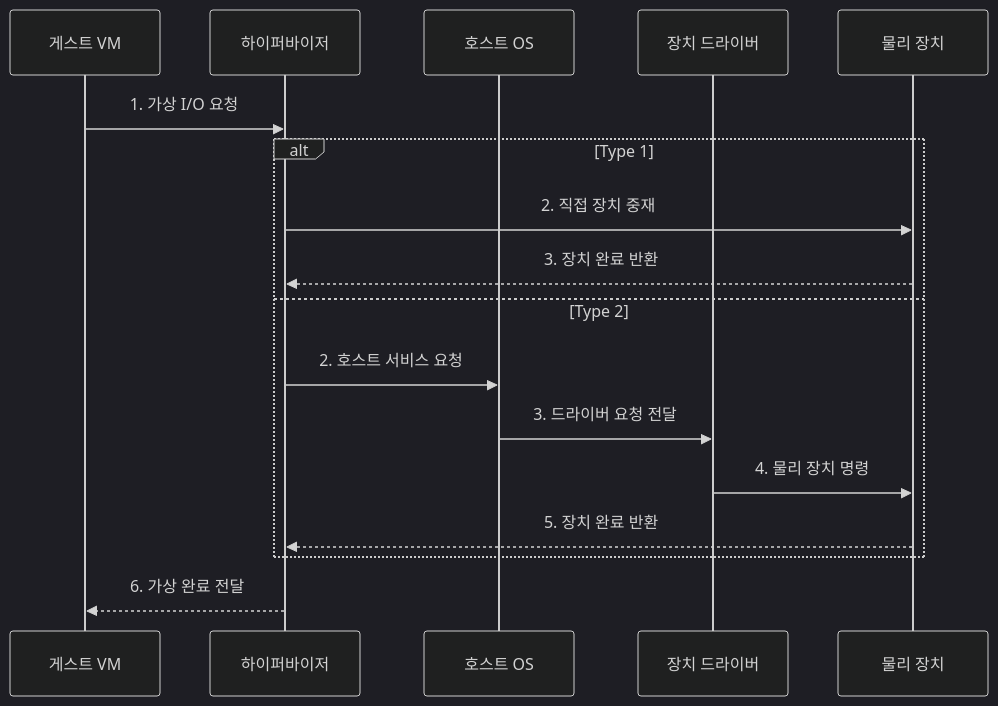
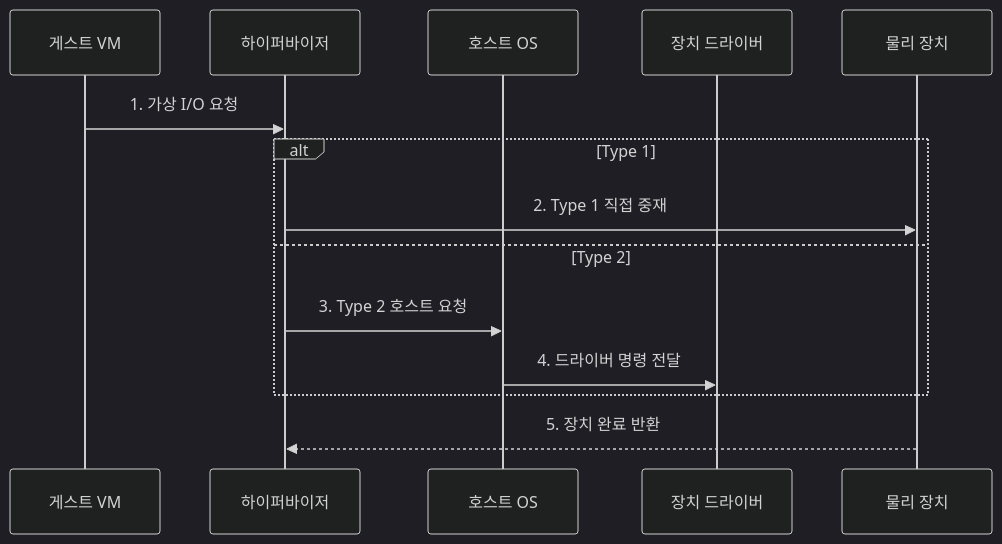
One commit to agnusdei1207/knowledge-base changed the second of 2 diagrams in src/content/docs/notes/02-hardware/087_hypervisor_types.md. Above: the diagram before and after it, drawn with Mermaid (dark theme). The commit also changed other lines of this file and 86 other files, not shown here.

````diff
--- a/src/content/docs/notes/02-hardware/087_hypervisor_types.md
+++ b/src/content/docs/notes/02-hardware/087_hypervisor_types.md
@@ -84,19 +86,16 @@
 ```mermaid
 sequenceDiagram
     participant G as 게스트 VM
     participant V as 하이퍼바이저
     participant O as 호스트 OS
     participant R as 장치 드라이버
     participant D as 물리 장치
     G->>V: 1. 가상 I/O 요청
     alt Type 1
-        V->>D: 2. 직접 장치 중재
-        D-->>V: 3. 장치 완료 반환
+        V->>D: 2. Type 1 직접 중재
     else Type 2
-        V->>O: 2. 호스트 서비스 요청
-        O->>R: 3. 드라이버 요청 전달
-        R->>D: 4. 물리 장치 명령
-        D-->>V: 5. 장치 완료 반환
+        V->>O: 3. Type 2 호스트 요청
+        O->>R: 4. 드라이버 명령 전달
     end
-    V-->>G: 6. 가상 완료 전달
+    D-->>V: 5. 장치 완료 반환
 ```
````
